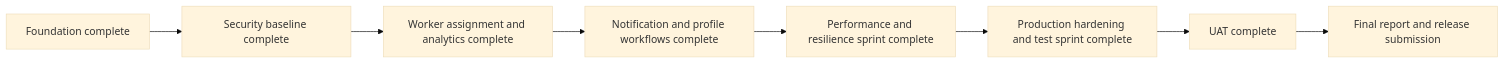
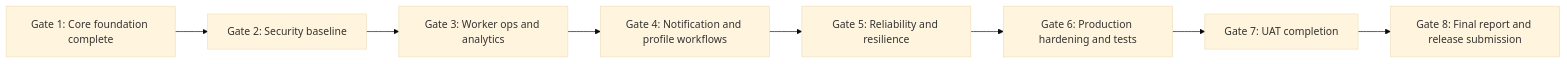
One commit to ark5234/Jan-Sunwai-AI changed the third of 3 diagrams in docs/reports/PROJECT_TIMELINE.md. Above: the diagram before and after it, drawn with Mermaid (base theme). The commit also changed other lines of this file and 1 other file, not shown here.

Commit message:
docs: enhance README with diagram coverage map for improved documentation clarity

````diff
--- a/docs/reports/PROJECT_TIMELINE.md
+++ b/docs/reports/PROJECT_TIMELINE.md
@@ -160,10 +124,10 @@
 ```mermaid
 flowchart LR
-        M1[Foundation complete] --> M2[Security baseline complete]
-        M2 --> M3[Worker assignment and analytics complete]
-        M3 --> M4[Notification and profile workflows complete]
-        M4 --> M5[Performance and resilience sprint complete]
-        M5 --> M6[Production hardening and test sprint complete]
-        M6 --> M7[UAT complete]
-        M7 --> M8[Final report and release submission]
+    G1[Gate 1: Core foundation complete] --> G2[Gate 2: Security baseline]
+    G2 --> G3[Gate 3: Worker ops and analytics]
+    G3 --> G4[Gate 4: Notification and profile workflows]
+    G4 --> G5[Gate 5: Reliability and resilience]
+    G5 --> G6[Gate 6: Production hardening and tests]
+    G6 --> G7[Gate 7: UAT completion]
+    G7 --> G8[Gate 8: Final report and release submission]
 ```
````
